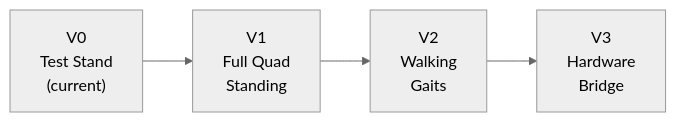
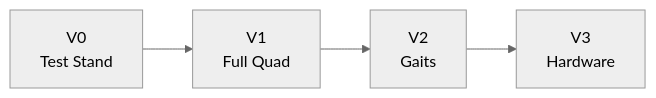
One commit to rubencg195/pybullet-robot-dog changed the fifth of 5 diagrams in README.md. Above: the diagram before and after it, drawn with Mermaid (neutral theme). The commit also changed other lines of this file and 4 other files, not shown here.

````diff
--- a/README.md
+++ b/README.md
@@ -437,6 +286,6 @@
 ```mermaid
 flowchart LR
-  V0["V0\nTest Stand\n(current)"] --> V1["V1\nFull Quad\nStanding"]
-  V1 --> V2["V2\nWalking\nGaits"]
-  V2 --> V3["V3\nHardware\nBridge"]
+  V0["V0\nTest Stand"] --> V1["V1\nFull Quad"]
+  V1 --> V2["V2\nGaits"]
+  V2 --> V3["V3\nHardware"]
 ```
````
